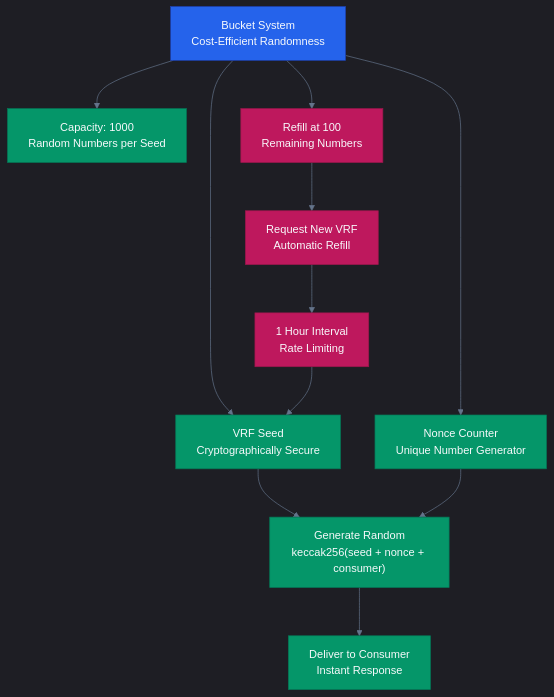
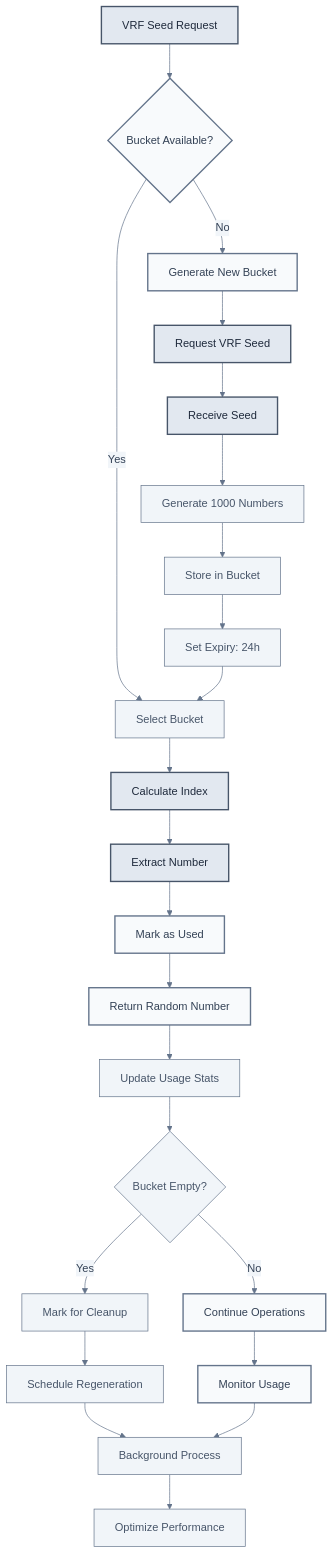
One commit to wenakita/sonicreddragon-docs changed the third of 8 diagrams in docs/contracts/core/randomness-provider.md. Above: the diagram before and after it, drawn with Mermaid. The commit also changed other lines of this file and 3 other files, not shown here.

````diff
--- a/docs/contracts/core/randomness-provider.md
+++ b/docs/contracts/core/randomness-provider.md
@@ -195,38 +168,53 @@
 ```mermaid
 %%{init: {
-  'theme': 'dark',
+  'theme': 'base',
   'themeVariables': {
-    'primaryColor': '#2563eb',
-    'primaryTextColor': '#f8fafc',
-    'lineColor': '#64748b'
-  },
-  'flowchart': {
-    'curve': 'basis',
-    'nodeSpacing': 50,
-    'rankSpacing': 70
+    'primaryColor': '#f8fafc',
+    'primaryTextColor': '#334155',
+    'primaryBorderColor': '#64748b',
+    'lineColor': '#64748b',
+    'secondaryColor': '#f1f5f9',
+    'tertiaryColor': '#e2e8f0'
   }
 }}%%
-graph TD
-    A["Bucket System<br/>Cost-Efficient Randomness"]
+
+flowchart TD
+    A[VRF Seed Request] --> B{Bucket Available?}
     
-    A --> B["VRF Seed<br/>Cryptographically Secure"]
-    A --> C["Nonce Counter<br/>Unique Number Generator"]
-    A --> D["Capacity: 1000<br/>Random Numbers per Seed"]
-    A --> E["Refill at 100<br/>Remaining Numbers"]
+    B -->|Yes| C[Select Bucket]
+    B -->|No| D[Generate New Bucket]
     
-    B --> F["Generate Random<br/>keccak256(seed + nonce + consumer)"]
-    C --> F
-    F --> G["Deliver to Consumer<br/>Instant Response"]
+    C --> E[Calculate Index]
+    E --> F[Extract Number]
+    F --> G[Mark as Used]
+    G --> H[Return Random Number]
     
-    E --> H["Request New VRF<br/>Automatic Refill"]
-    H --> I["1 Hour Interval<br/>Rate Limiting"]
-    I --> B
+    D --> I[Request VRF Seed]
+    I --> J[Receive Seed]
+    J --> K[Generate 1000 Numbers]
+    K --> L[Store in Bucket]
+    L --> M[Set Expiry: 24h]
+    M --> C
     
-    classDef bucket fill:#2563eb,stroke:#1e40af,color:#f8fafc
-    classDef process fill:#059669,stroke:#047857,color:#f8fafc
-    classDef refill fill:#be185d,stroke:#9d174d,color:#f8fafc
+    H --> N[Update Usage Stats]
+    N --> O{Bucket Empty?}
     
-    class A bucket
-    class B,C,D,F,G process
-    class E,H,I refill
+    O -->|Yes| P[Mark for Cleanup]
+    O -->|No| Q[Continue Operations]
+    
+    P --> R[Schedule Regeneration]
+    Q --> S[Monitor Usage]
+    
+    R --> T[Background Process]
+    S --> T
+    T --> U[Optimize Performance]
+
+    classDef default fill:#f8fafc,stroke:#64748b,stroke-width:2px,color:#334155
+    classDef process fill:#e2e8f0,stroke:#475569,stroke-width:2px,color:#1e293b
+    classDef storage fill:#f1f5f9,stroke:#64748b,stroke-width:1px,color:#475569
+    classDef optimization fill:#f1f5f9,stroke:#64748b,stroke-width:1px,color:#475569
+    
+    class A,E,F,I,J process
+    class C,K,L,M storage
+    class N,O,P,R,T,U optimization
 ```
````
